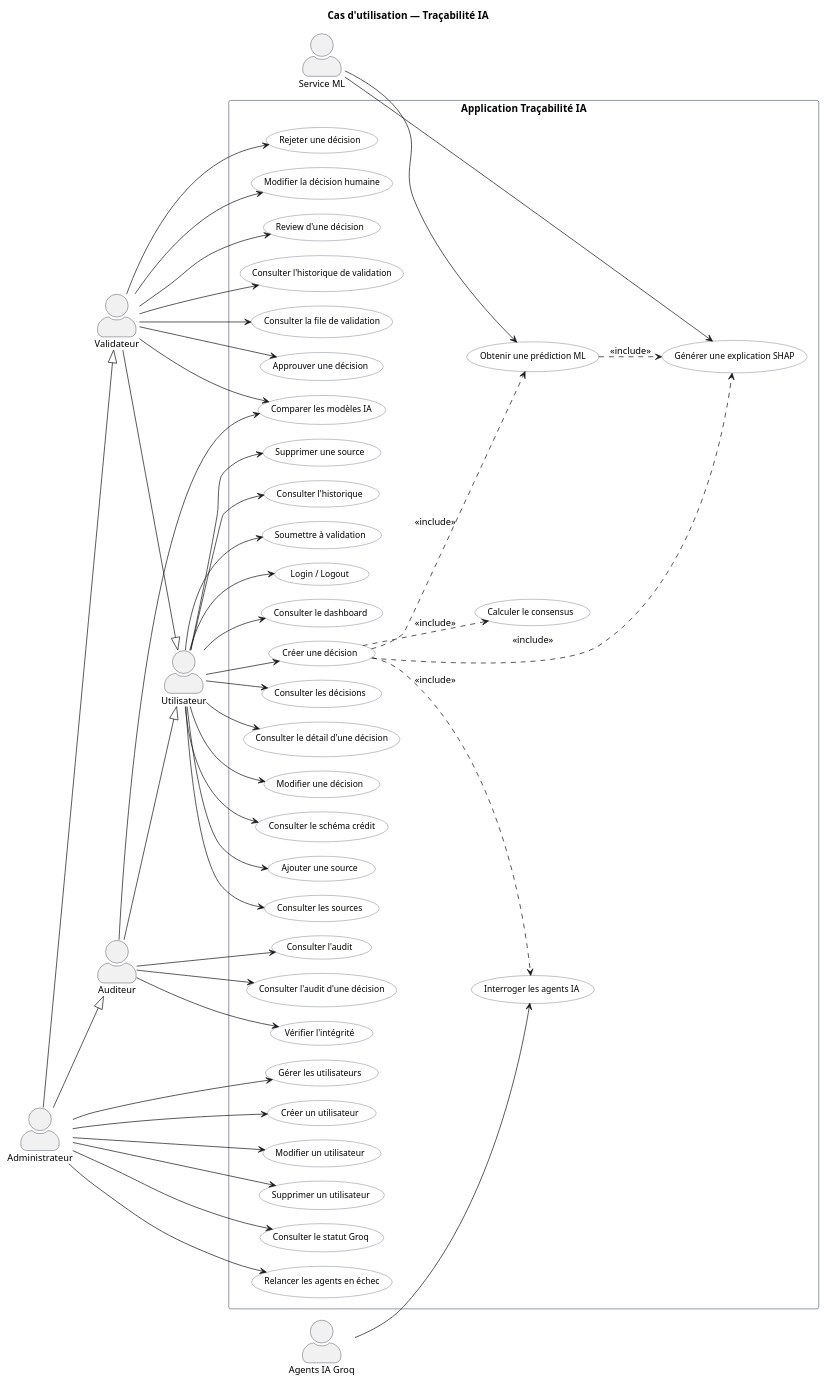
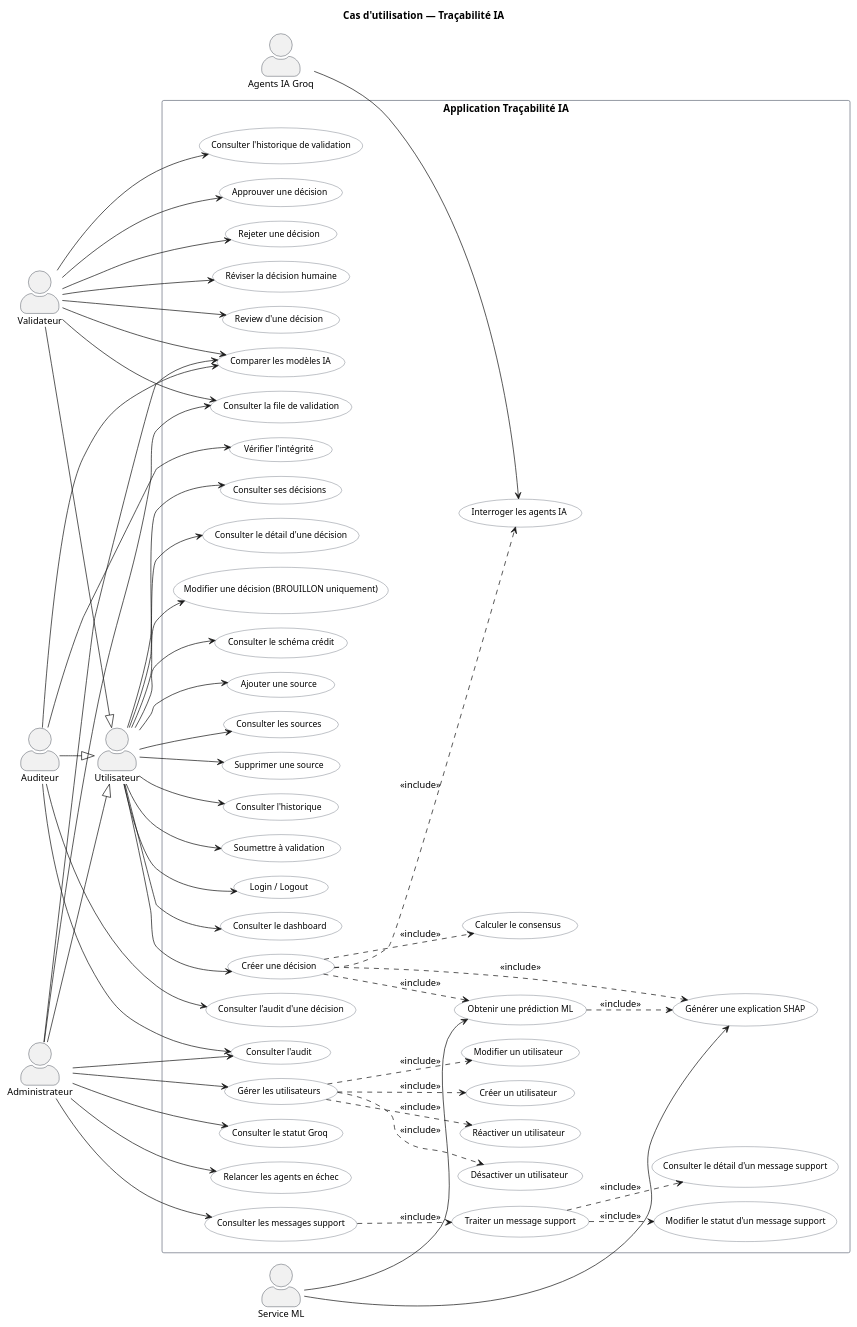
Before and after one commit to Yahyafl3/tracabilite-ia: the diagram in docs/uml/use-case.puml, drawn with PlantUML. The commit also changed 17 other files, not shown here.

Commit message:
fix(users): align roles and preserve user audit history

```diff
--- a/docs/uml/use-case.puml
+++ b/docs/uml/use-case.puml
@@ -1,125 +1,141 @@
 @startuml use-case-tracabilite-ia
 left to right direction
 skinparam shadowing false
 skinparam packageStyle rectangle
 skinparam actorStyle awesome
 skinparam nodesep 20
 skinparam ranksep 30
 
 skinparam usecase {
   BackgroundColor #FFFFFF
   BorderColor #4B5563
   FontName Arial
   FontSize 12
 }
 skinparam actor {
   BorderColor #111827
   FontName Arial
   FontSize 13
 }
 skinparam rectangle {
   BackgroundColor #FFFFFF
   BorderColor #6B7280
   FontStyle bold
   FontSize 14
 }
 
 title Cas d'utilisation — Traçabilité IA
 
 actor "Utilisateur" as User
 actor "Validateur" as Validator
 actor "Auditeur" as Auditor
 actor "Administrateur" as Admin
 actor "Service ML" as ML
 actor "Agents IA Groq" as Groq
 
 Validator --|> User
 Auditor --|> User
-Admin --|> Validator
-Admin --|> Auditor
+Admin --|> User
 
 rectangle "Application Traçabilité IA" {
   usecase "Login / Logout" as UC_Login
   usecase "Consulter le dashboard" as UC_Dashboard
   usecase "Créer une décision" as UC_Create
-  usecase "Consulter les décisions" as UC_List
+  usecase "Consulter ses décisions" as UC_List
   usecase "Consulter le détail d'une décision" as UC_Detail
-  usecase "Modifier une décision" as UC_Update
+  usecase "Modifier une décision (BROUILLON uniquement)" as UC_Update
   usecase "Consulter le schéma crédit" as UC_Schema
   usecase "Ajouter une source" as UC_AddSource
   usecase "Consulter les sources" as UC_ListSources
   usecase "Supprimer une source" as UC_DelSource
   usecase "Consulter l'historique" as UC_History
   usecase "Soumettre à validation" as UC_Submit
   usecase "Obtenir une prédiction ML" as UC_ML
   usecase "Générer une explication SHAP" as UC_SHAP
   usecase "Interroger les agents IA" as UC_Agents
   usecase "Calculer le consensus" as UC_Consensus
   usecase "Consulter la file de validation" as UC_Pending
   usecase "Approuver une décision" as UC_Approve
   usecase "Rejeter une décision" as UC_Reject
-  usecase "Modifier la décision humaine" as UC_Modify
+  usecase "Réviser la décision humaine" as UC_Modify
   usecase "Review d'une décision" as UC_Review
   usecase "Consulter l'historique de validation" as UC_ValHistory
   usecase "Comparer les modèles IA" as UC_Compare
   usecase "Consulter l'audit" as UC_Audit
   usecase "Consulter l'audit d'une décision" as UC_AuditDetail
   usecase "Vérifier l'intégrité" as UC_Integrity
   usecase "Gérer les utilisateurs" as UC_Users
   usecase "Créer un utilisateur" as UC_CreateUser
   usecase "Modifier un utilisateur" as UC_UpdateUser
-  usecase "Supprimer un utilisateur" as UC_DeleteUser
+  usecase "Désactiver un utilisateur" as UC_DeactivateUser
+  usecase "Réactiver un utilisateur" as UC_ReactivateUser
   usecase "Consulter le statut Groq" as UC_GroqStatus
   usecase "Relancer les agents en échec" as UC_RetryAgents
+  usecase "Consulter les messages support" as UC_SupportList
+  usecase "Consulter le détail d'un message support" as UC_SupportDetail
+  usecase "Traiter un message support" as UC_SupportTreat
+  usecase "Modifier le statut d'un message support" as UC_SupportStatus
 }
 
-' --- Utilisateur (et héritiers) ---
+' --- Utilisateur ---
 User --> UC_Login
 User --> UC_Dashboard
 User --> UC_Create
 User --> UC_List
 User --> UC_Detail
 User --> UC_Update
 User --> UC_Schema
 User --> UC_AddSource
 User --> UC_ListSources
 User --> UC_DelSource
 User --> UC_History
 User --> UC_Submit
 
 ' --- Validateur ---
 Validator --> UC_Pending
 Validator --> UC_Approve
 Validator --> UC_Reject
 Validator --> UC_Modify
 Validator --> UC_Review
 Validator --> UC_ValHistory
 Validator --> UC_Compare
 
 ' --- Auditeur ---
 Auditor --> UC_Audit
 Auditor --> UC_AuditDetail
 Auditor --> UC_Integrity
 Auditor --> UC_Compare
 
 ' --- Administrateur (spécifique) ---
 Admin --> UC_Users
-Admin --> UC_CreateUser
-Admin --> UC_UpdateUser
-Admin --> UC_DeleteUser
 Admin --> UC_GroqStatus
 Admin --> UC_RetryAgents
+Admin --> UC_SupportList
+Admin --> UC_Audit
+Admin --> UC_Compare
+Admin --> UC_Pending
 
 ' --- Acteurs système ---
 ML --> UC_ML
 ML --> UC_SHAP
 Groq --> UC_Agents
 
 ' --- Includes création ---
 UC_Create ..> UC_ML : <<include>>
 UC_Create ..> UC_SHAP : <<include>>
 UC_Create ..> UC_Agents : <<include>>
 UC_Create ..> UC_Consensus : <<include>>
 UC_ML ..> UC_SHAP : <<include>>
 
+' --- Includes gestion utilisateurs ---
+UC_Users ..> UC_CreateUser : <<include>>
+UC_Users ..> UC_UpdateUser : <<include>>
+UC_Users ..> UC_DeactivateUser : <<include>>
+UC_Users ..> UC_ReactivateUser : <<include>>
+
+' --- Includes support admin ---
+UC_SupportTreat ..> UC_SupportDetail : <<include>>
+UC_SupportTreat ..> UC_SupportStatus : <<include>>
+UC_SupportList ..> UC_SupportTreat : <<include>>
+
 @enduml
```
